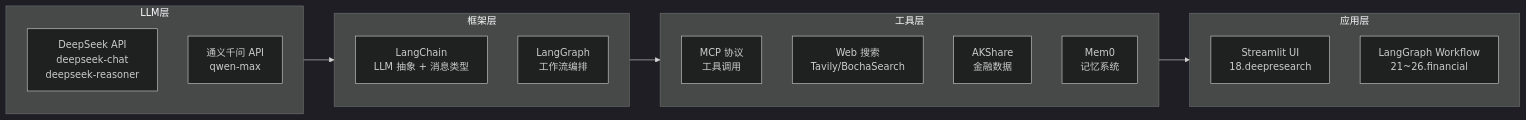
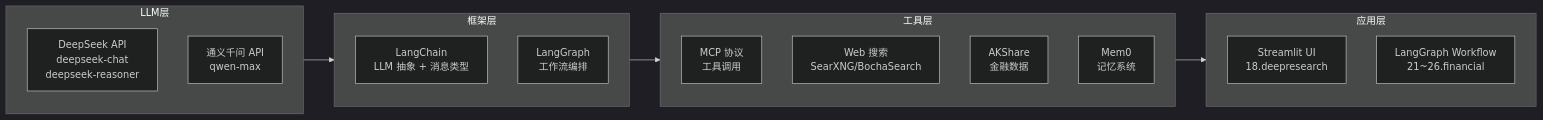
The second of 9 diagrams in docs/01_技术文档.md (igeng/Geek03), drawn with Mermaid (dark theme) before and after one commit. The commit also changed other lines of this file and 4 other files, not shown here.

First line of the commit message:
Fix documentation errors: correct directory names, ReAct code examples, replace Tavily with SearXNG/BochaSearch, fix .env configs

````diff
--- a/docs/01_技术文档.md
+++ b/docs/01_技术文档.md
@@ -103,28 +105,28 @@
 ```mermaid
 graph LR
     subgraph LLM层
         DS[DeepSeek API<br/>deepseek-chat<br/>deepseek-reasoner]
         QW[通义千问 API<br/>qwen-max]
     end
 
     subgraph 框架层
         LC[LangChain<br/>LLM 抽象 + 消息类型]
         LG[LangGraph<br/>工作流编排]
     end
 
     subgraph 工具层
         MCP[MCP 协议<br/>工具调用]
-        WS[Web 搜索<br/>Tavily/BochaSearch]
+        WS[Web 搜索<br/>SearXNG/BochaSearch]
         AK[AKShare<br/>金融数据]
         MEM[Mem0<br/>记忆系统]
     end
 
     subgraph 应用层
         ST[Streamlit UI<br/>18.deepresearch]
         WF[LangGraph Workflow<br/>21~26.financial]
     end
 
     LLM层 --> 框架层
     框架层 --> 工具层
     工具层 --> 应用层
 ```
````
